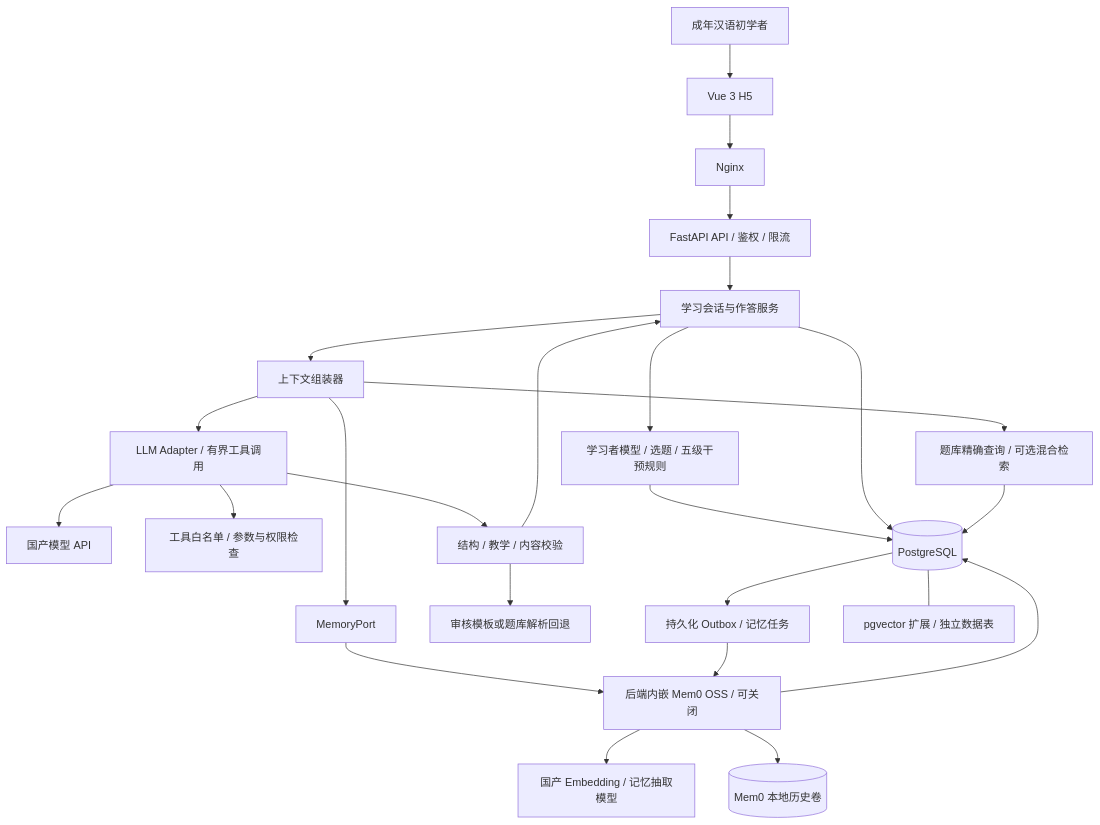
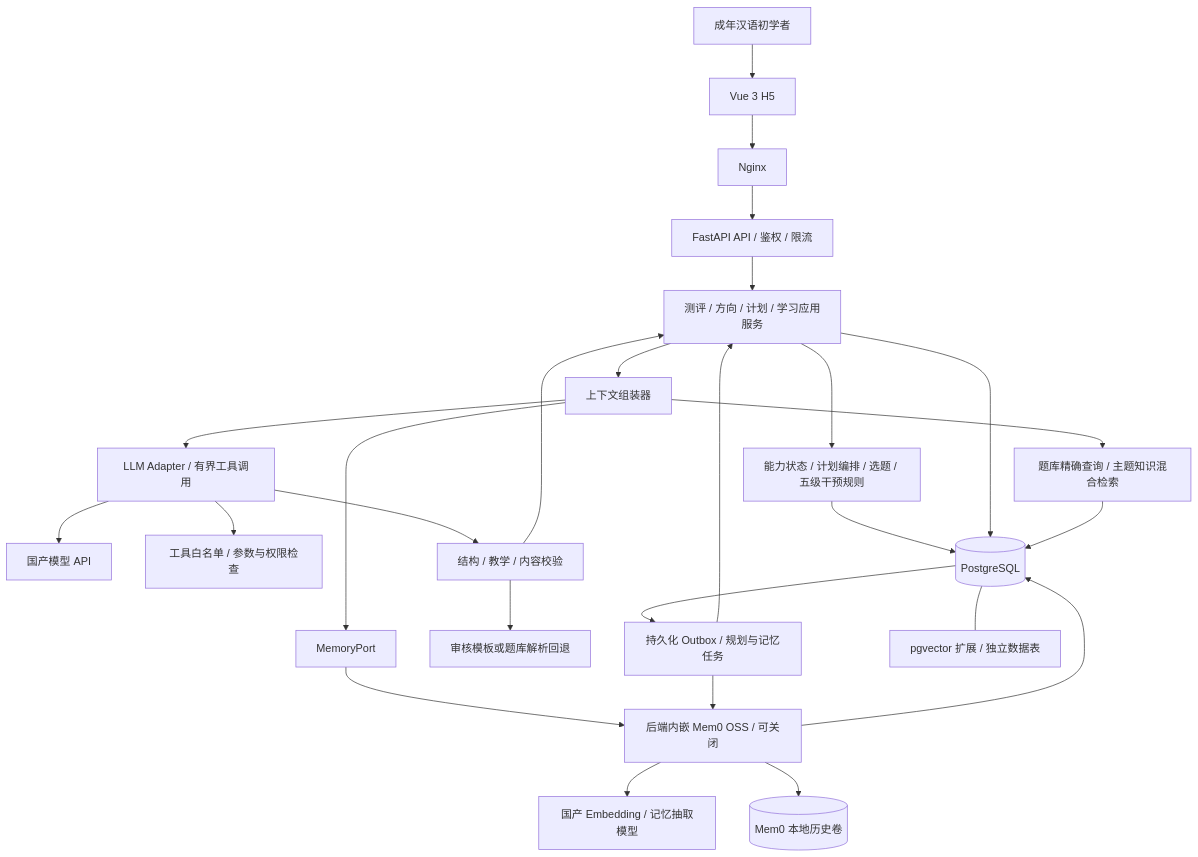
Before and after one commit to tianyew/OwlOwlGo-ECNU: the second of 2 diagrams in docs/software/architecture.md, drawn with Mermaid. The commit also changed other lines of this file and 5 other files, not shown here.

````diff
--- a/docs/software/architecture.md
+++ b/docs/software/architecture.md
@@ -147,27 +171,28 @@
 ```mermaid
 flowchart TB
     U[成年汉语初学者] --> W[Vue 3 H5]
     W --> N[Nginx]
     N --> A[FastAPI API / 鉴权 / 限流]
-    A --> S[学习会话与作答服务]
-    S --> D[学习者模型 / 选题 / 五级干预规则]
+    A --> S[测评 / 方向 / 计划 / 学习应用服务]
+    S --> D[能力状态 / 计划编排 / 选题 / 五级干预规则]
     S --> C[上下文组装器]
-    C --> K[题库精确查询 / 可选混合检索]
+    C --> K[题库精确查询 / 主题知识混合检索]
     C --> M[MemoryPort]
     M --> MS[后端内嵌 Mem0 OSS / 可关闭]
     C --> L[LLM Adapter / 有界工具调用]
     L --> Q[国产模型 API]
     L --> T[工具白名单 / 参数与权限检查]
     L --> V[结构 / 教学 / 内容校验]
     V --> F[审核模板或题库解析回退]
     V --> S
     D --> P[(PostgreSQL)]
     S --> P
     K --> P
     MS --> P
-    P --> O[持久化 Outbox / 记忆任务]
+    P --> O[持久化 Outbox / 规划与记忆任务]
+    O --> S
     O --> MS
     MS --> E[国产 Embedding / 记忆抽取模型]
     MS --> H[(Mem0 本地历史卷)]
     P --- PV[pgvector 扩展 / 独立数据表]
 ```
````
